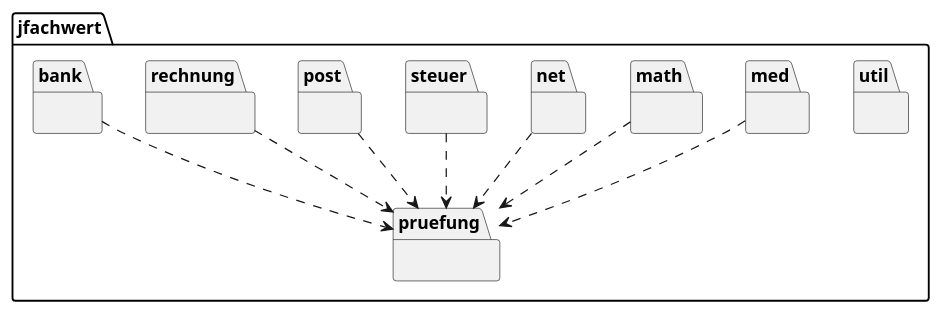
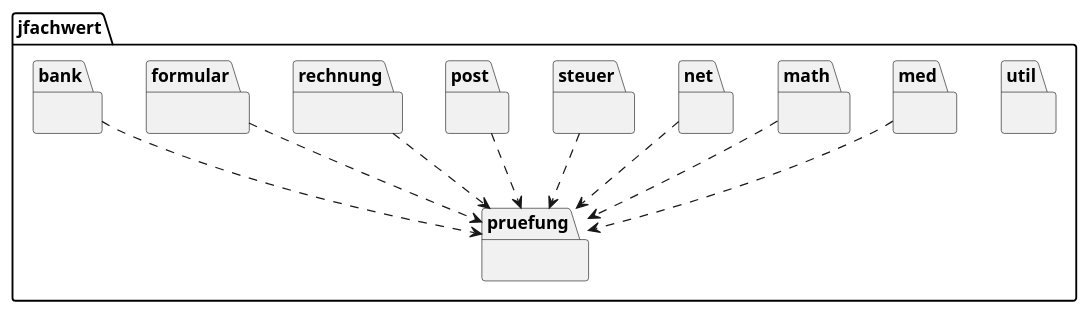
The diagram in src/main/asciidoc/images/packages.puml (oboehm/jfachwert), drawn with PlantUML before and after one commit. The commit also changed 7 other files, not shown here.

```diff
--- a/src/main/asciidoc/images/packages.puml
+++ b/src/main/asciidoc/images/packages.puml
@@ -1,42 +1,46 @@
 @startuml
 
 package "jfachwert" {
 
     package "util" {
     }
 
     package "med" {
     }
 
     package "math" {
     }
 
     package "net" {
     }
 
     package "steuer" {
     }
 
     package "post" {
     }
 
     package "rechnung" {
     }
 
+    package "formular" {
+    }
+
     package "bank" {
     }
 
     package "pruefung" {
     }
 
     bank ..> pruefung
+    formular ..> pruefung
     steuer ..> pruefung
     post ..> pruefung
     rechnung ..> pruefung
     net ..> pruefung
     med ..> pruefung
     math ..> pruefung
 
 }
 
 @enduml
```
